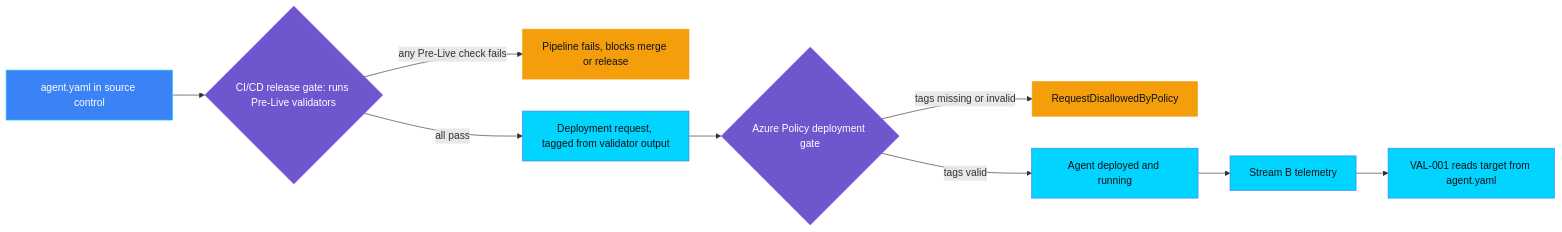
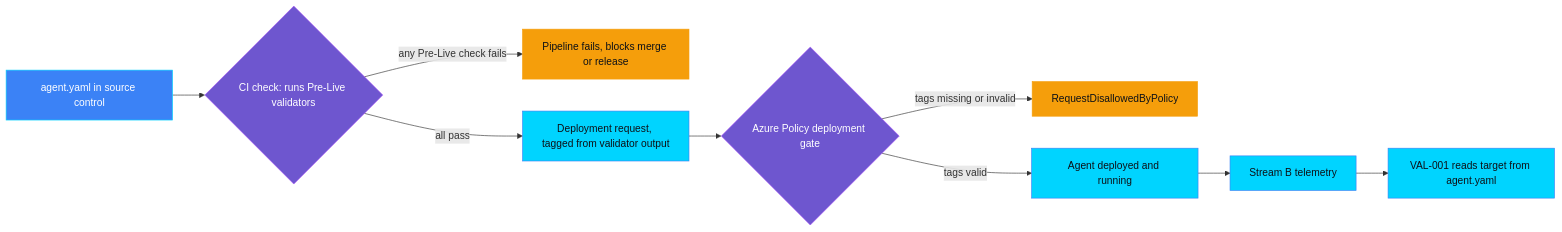
The second of 2 diagrams in controls/value_adoption_and_finops/ARCHITECTURE.md (doruit/forged-with-foundry), drawn with Mermaid before and after one commit. The commit also changed other lines of this file and 11 other files, not shown here.

````diff
--- a/controls/value_adoption_and_finops/ARCHITECTURE.md
+++ b/controls/value_adoption_and_finops/ARCHITECTURE.md
@@ -113,20 +113,20 @@
 ```mermaid
 flowchart LR
-  Y[agent.yaml in source control] --> RG{CI/CD release gate: runs Pre-Live validators}
+  Y[agent.yaml in source control] --> RG{CI check: runs Pre-Live validators}
   RG -->|any Pre-Live check fails| FAIL[Pipeline fails, blocks merge or release]
   RG -->|all pass| DEP[Deployment request, tagged from validator output]
   DEP --> AP{Azure Policy deployment gate}
   AP -->|tags missing or invalid| DENY[RequestDisallowedByPolicy]
   AP -->|tags valid| RUN[Agent deployed and running]
   RUN --> TEL[Stream B telemetry]
   TEL --> V1[VAL-001 reads target from agent.yaml]
 
   classDef governance fill:#6E56CF,stroke:#A855F7,color:#FFFFFF
   classDef platform fill:#3B82F6,stroke:#00D4FF,color:#FFFFFF
   classDef evidence fill:#00D4FF,stroke:#3B82F6,color:#0D1117
   classDef attention fill:#F59E0B,stroke:#F59E0B,color:#0D1117
   class Y platform
   class RG,AP governance
   class DEP,RUN,TEL,V1 evidence
   class FAIL,DENY attention
 ```
````
